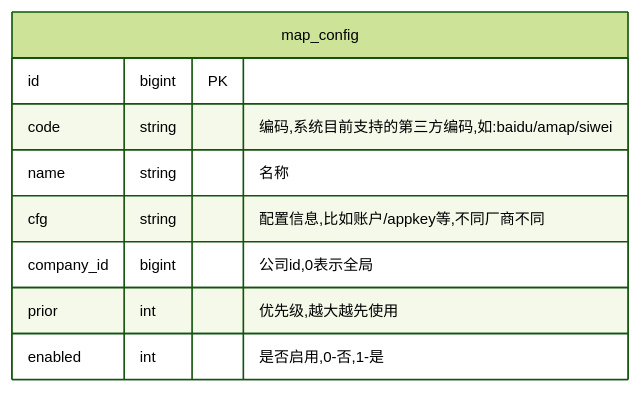
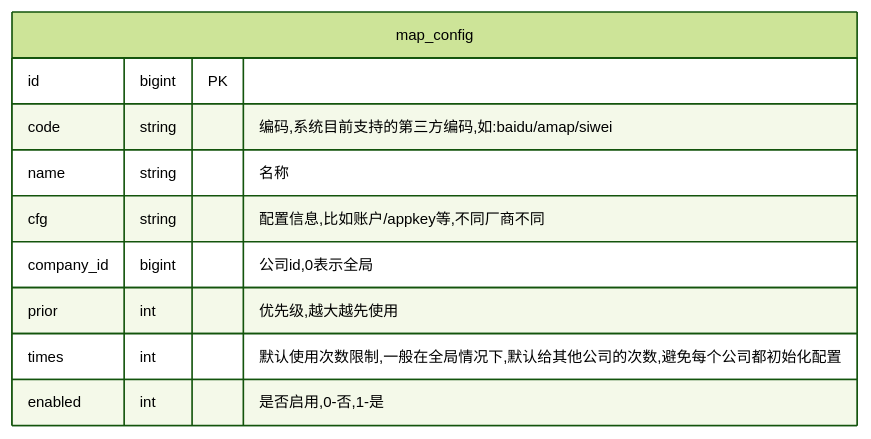
The second of 6 diagrams in tqbb/Map.md (luoyh/obsidian-sync), drawn with Mermaid before and after one commit. The commit also changed other lines of this file, not shown here.

````diff
--- a/tqbb/Map.md
+++ b/tqbb/Map.md
@@ -39,29 +39,30 @@
 ```mermaid
 %%{
     init: {
         'theme': 'forest', 
         'themeVariables': { 
             'fontSize': '12px', 
             'fontFamily': 'Consolas',  
             'primaryColor': '#BB2528', 
             'primaryTextColor': '#fff', 
             'primaryBorderColor': '#7C0000', 
             'lineColor': '#F8B229', 
             'secondaryColor': '#006100', 
             'tertiaryColor': '#fff'
         }
     }
 }%%
 
 erDiagram
     map_config {
         id bigint PK
         code string "编码,系统目前支持的第三方编码,如:baidu/amap/siwei"
         name string "名称"
         cfg string "配置信息,比如账户/appkey等,不同厂商不同"
         company_id bigint "公司id,0表示全局"
         prior int "优先级,越大越先使用"
+        times int "默认使用次数限制,一般在全局情况下,默认给其他公司的次数,避免每个公司都初始化配置"
         enabled int "是否启用,0-否,1-是"
     }    
 
 ```
````
